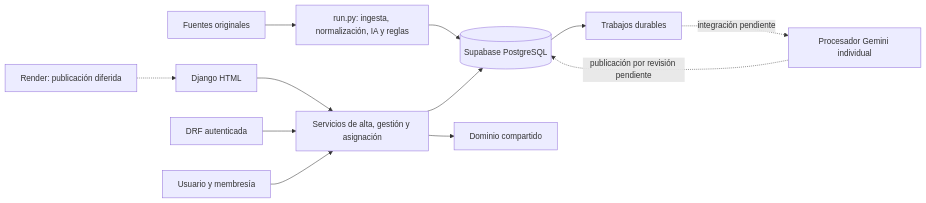
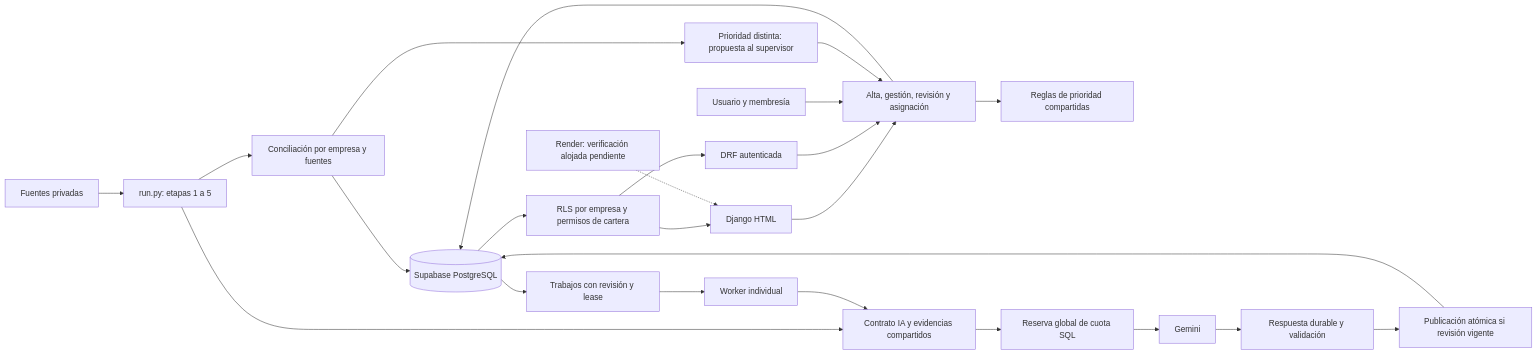
The diagram in docs/operacion/ARQUITECTURA.mmd (GLOOMYY/prueba-tecnica-analista-ia), drawn with Mermaid before and after one commit. The commit also changed 8 other files, not shown here.

```diff
--- a/docs/operacion/ARQUITECTURA.mmd
+++ b/docs/operacion/ARQUITECTURA.mmd
@@ -1,12 +1,24 @@
 flowchart LR
-    FU[Fuentes originales] --> LOTE[run.py: ingesta, normalización, IA y reglas]
-    LOTE --> SQL[(Supabase PostgreSQL)]
-    UI[Django HTML] --> SERV[Servicios de alta, gestión y asignación]
+    FU[Fuentes privadas] --> LOTE[run.py: etapas 1 a 5]
+    LOTE --> ID[Conciliación por empresa y fuentes]
+    ID --> SQL[(Supabase PostgreSQL)]
+    UI[Django HTML] --> SERV[Alta, gestión, revisión y asignación]
     API[DRF autenticada] --> SERV
-    SERV --> DOM[Dominio compartido]
+    AUTH[Usuario y membresía] --> SERV
+    SERV --> DOM[Reglas de prioridad compartidas]
     SERV --> SQL
-    AUTH[Usuario y membresía] --> SERV
-    SQL --> COLA[Trabajos durables]
-    COLA -. integración pendiente .-> IA[Procesador Gemini individual]
-    IA -. publicación por revisión pendiente .-> SQL
-    RENDER[Render: publicación diferida] -.-> UI
+    SQL --> COLA[Trabajos con revisión y lease]
+    COLA --> IA[Worker individual]
+    LOTE --> CONTRATO[Contrato IA y evidencias compartidos]
+    IA --> CONTRATO
+    CONTRATO --> CUOTA[Reserva global de cuota SQL]
+    CUOTA --> GEMINI[Gemini]
+    GEMINI --> CACHE[Respuesta durable y validación]
+    CACHE --> PUB[Publicación atómica si revisión vigente]
+    PUB --> SQL
+    ID --> PROP[Prioridad distinta: propuesta al supervisor]
+    PROP --> SERV
+    SQL --> RLS[RLS por empresa y permisos de cartera]
+    RLS --> UI
+    RLS --> API
+    RENDER[Render: verificación alojada pendiente] -.-> UI
```
